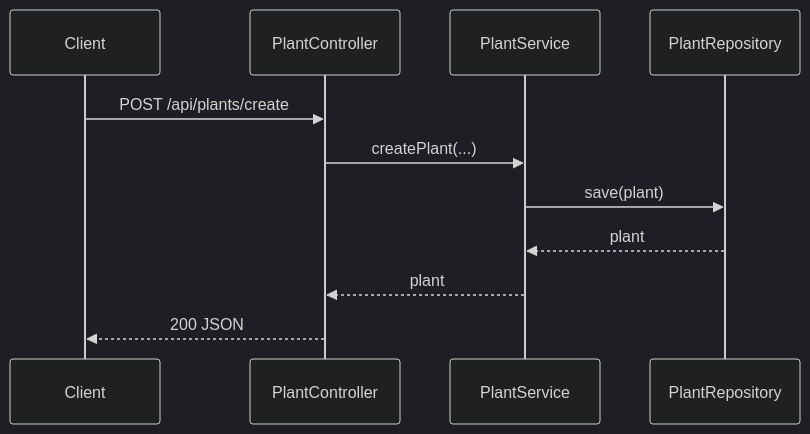
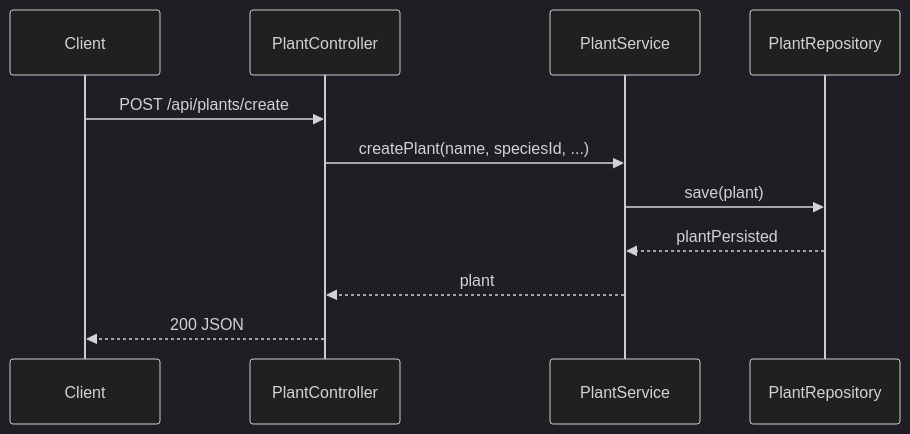
The third of 10 diagrams in docs/index.md (fasai444/GreenDesk), drawn with Mermaid (dark theme) before and after one commit. The commit also changed other lines of this file and 3 other files, not shown here.

````diff
--- a/docs/index.md
+++ b/docs/index.md
@@ -244,14 +330,14 @@
 ```mermaid
 sequenceDiagram
-	participant C as Client
-	participant P as PlantController
-	participant S as PlantService
-	participant R as PlantRepository
+	participant client as Client
+	participant controller as PlantController
+	participant service as PlantService
+	participant repository as PlantRepository
 
-	C->>P: POST /api/plants/create
-	P->>S: createPlant(...)
-	S->>R: save(plant)
-	R-->>S: plant
-	S-->>P: plant
-	P-->>C: 200 JSON
+	client->>controller: POST /api/plants/create
+	controller->>service: createPlant(name, speciesId, ...)
+	service->>repository: save(plant)
+	repository-->>service: plantPersisted
+	service-->>controller: plant
+	controller-->>client: 200 JSON
 ```
````
